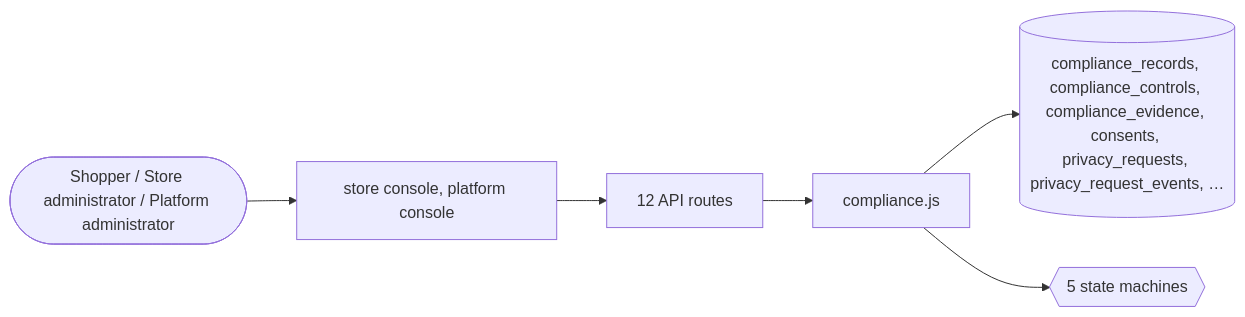
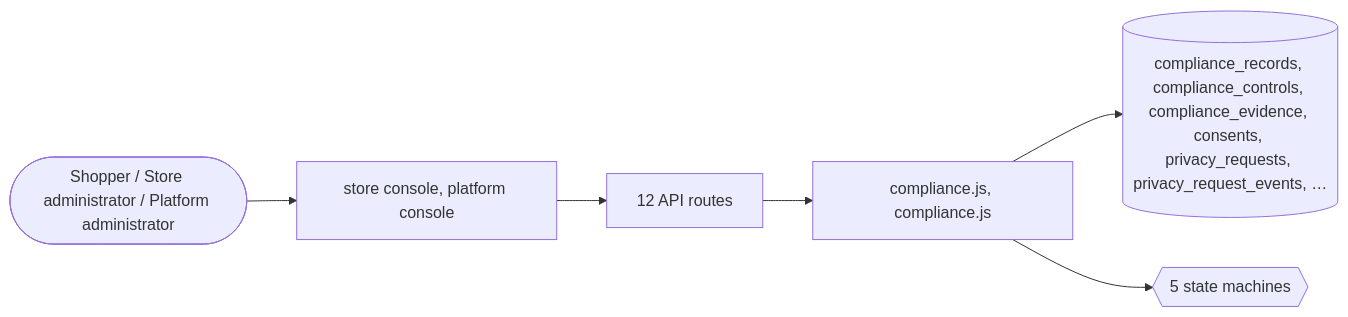
Before and after one commit to echelonxventures-Projects/universal-product: the sixth of 6 diagrams in docs/domains/compliance.md, drawn with Mermaid. The commit also changed other lines of this file and 135 other files, not shown here.

````diff
--- a/docs/domains/compliance.md
+++ b/docs/domains/compliance.md
@@ -242,8 +243,8 @@
 ```mermaid
 flowchart LR
   U([Shopper / Store administrator / Platform administrator]) --> UI[store console, platform console]
   UI --> API[12 API routes]
-  API --> ENG[compliance.js]
+  API --> ENG[compliance.js, compliance.js]
   ENG --> DB[(compliance_records, compliance_controls, compliance_evidence, consents, privacy_requests, privacy_request_events, …)]
   ENG --> SM{{5 state machines}}
 ```
````
